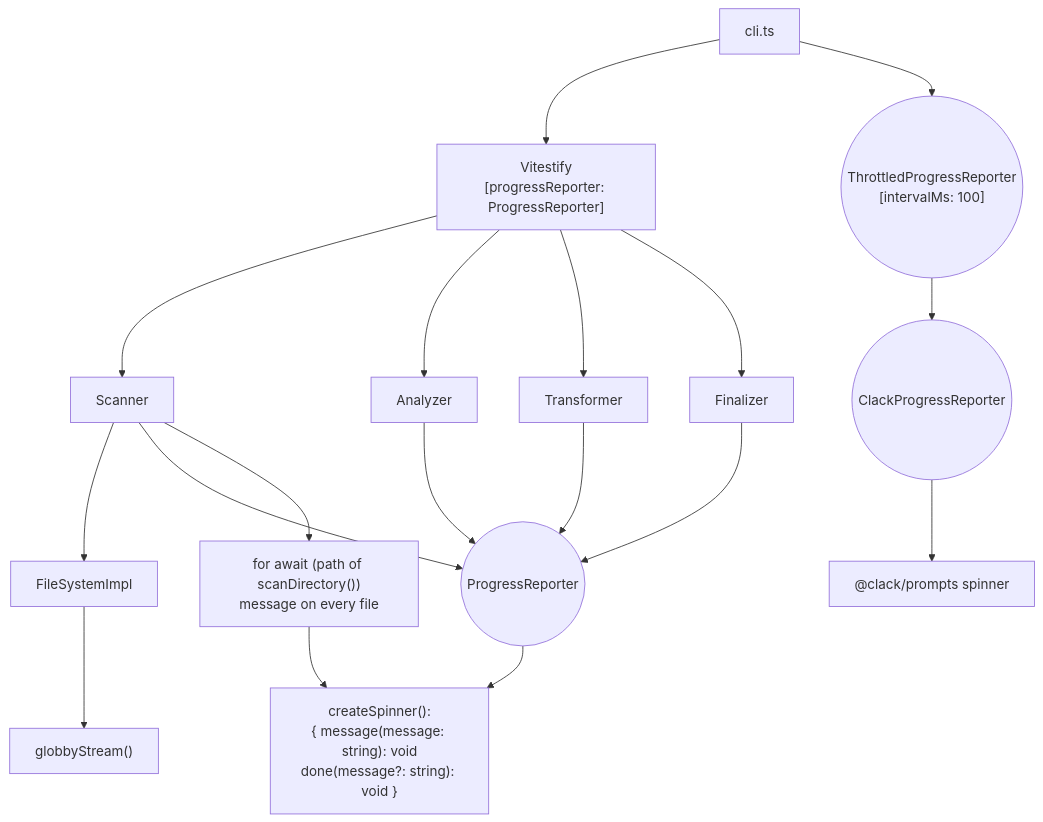
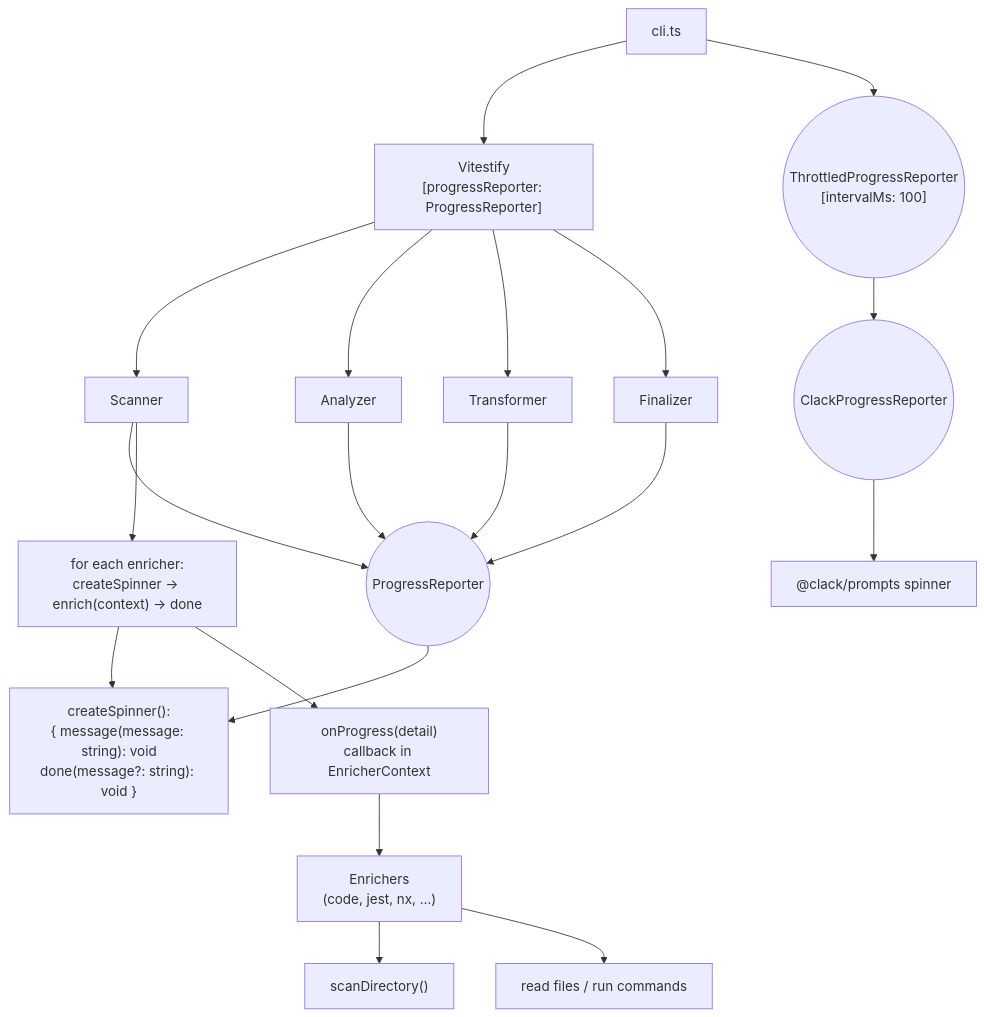
One commit to testmex/testmex changed the first of 2 diagrams in design-docs/002-cli-progress-reporting.md. Above: the diagram before and after it, drawn with Mermaid. The commit also changed other lines of this file, not shown here.

First line of the commit message:
docs: 📝 rethink scan progress around enricher callbacks

````diff
--- a/design-docs/002-cli-progress-reporting.md
+++ b/design-docs/002-cli-progress-reporting.md
@@ -45,25 +109,26 @@
 ```mermaid
 flowchart TD
   cli["cli.ts"] --> vitestify["Vitestify<br>[progressReporter: ProgressReporter]"]
   vitestify --> scanner["Scanner"]
   vitestify --> analyzer["Analyzer"]
   vitestify --> transformer["Transformer"]
   vitestify --> finalizer["Finalizer"]
 
   cli --> throttledReporter(("ThrottledProgressReporter<br>[intervalMs: 100]"))
   throttledReporter --> clackReporter(("ClackProgressReporter"))
   clackReporter --> clackSpinner["@clack/prompts spinner"]
 
-  scanner --> fsImpl["FileSystemImpl"]
-  fsImpl --> globbyStream["globbyStream()"]
   scanner --> reporterPort(("ProgressReporter"))
-
   analyzer --> reporterPort
   transformer --> reporterPort
   finalizer --> reporterPort
 
   reporterPort --> createSpinner["createSpinner():<br>{ message(message: string): void<br>done(message?: string): void }"]
 
-  scanner --> scanLoop["for await (path of scanDirectory())<br>message on every file"]
-  scanLoop --> createSpinner
+  scanner --> enrichLoop["for each enricher:<br>createSpinner → enrich(context) → done"]
+  enrichLoop --> createSpinner
+  enrichLoop --> onProgress["onProgress(detail)<br>callback in EnricherContext"]
+  onProgress --> enrichers["Enrichers<br>(code, jest, nx, …)"]
+  enrichers --> scanDir["scanDirectory()"]
+  enrichers --> otherWork["read files / run commands"]
 ```
````
